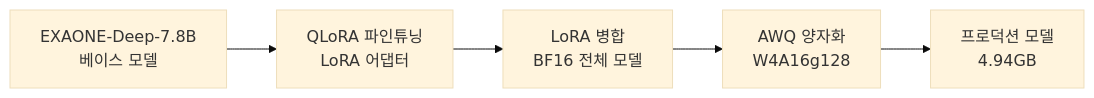
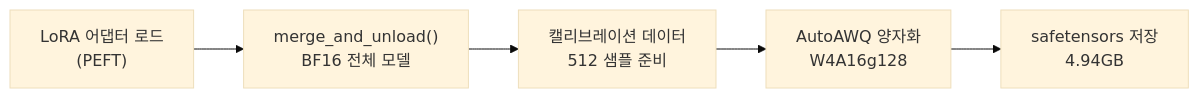
One commit to ondevice-ai-civil/ondevice-ai-civil-complaint changed the fourth of 4 diagrams in site/docs/architecture/model-card.md. Above: the diagram before and after it, drawn with Mermaid (base theme). The commit also changed other lines of this file and 17 other files, not shown here.

````diff
--- a/site/docs/architecture/model-card.md
+++ b/site/docs/architecture/model-card.md
@@ -134,7 +202,7 @@
 ```mermaid
 graph LR
-    A[EXAONE-Deep-7.8B<br/>베이스 모델] --> B[QLoRA 파인튜닝<br/>LoRA 어댑터]
-    B --> C[LoRA 병합<br/>BF16 전체 모델]
-    C --> D[AWQ 양자화<br/>W4A16g128]
-    D --> E[프로덕션 모델<br/>4.94GB]
+    A["LoRA 어댑터 로드<br/>(PEFT)"] --> B["merge_and_unload()<br/>BF16 전체 모델"]
+    B --> C["캘리브레이션 데이터<br/>512 샘플 준비"]
+    C --> D["AutoAWQ 양자화<br/>W4A16g128"]
+    D --> E["safetensors 저장<br/>4.94GB"]
 ```
````
